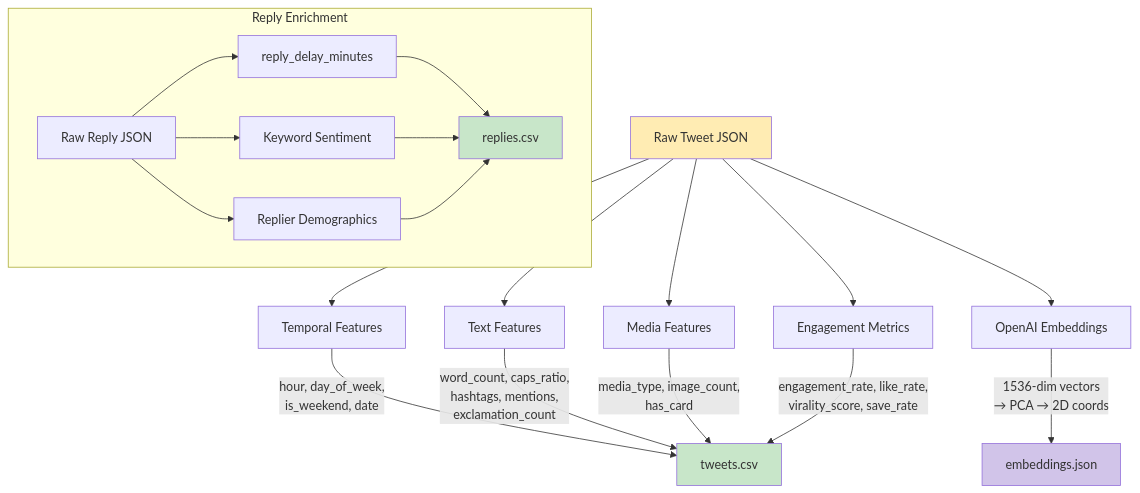
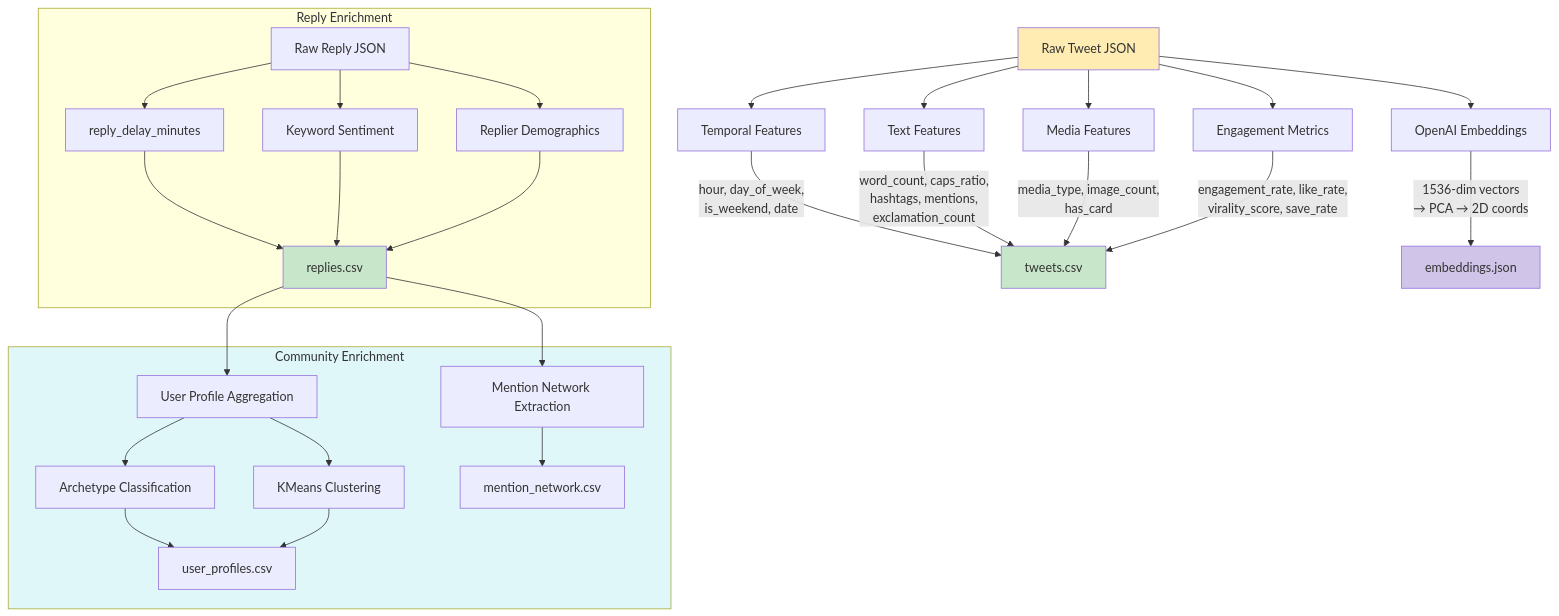
The second of 3 diagrams in README.md (ayrtondenner/trump-aoc-netnography), drawn with Mermaid before and after one commit. The commit also changed other lines of this file and 9 other files, not shown here.

First line of the commit message:
Add deep community analysis: network, archetypes, clusters, longitudinal behavior

````diff
--- a/README.md
+++ b/README.md
@@ -57,28 +70,40 @@
 ```mermaid
 flowchart TD
     RAW["Raw Tweet JSON"] --> T["Temporal Features"]
     RAW --> TX["Text Features"]
     RAW --> MD["Media Features"]
     RAW --> ENG["Engagement Metrics"]
     RAW --> EMB["OpenAI Embeddings"]
 
     T --> |"hour, day_of_week,\nis_weekend, date"| OUT["tweets.csv"]
     TX --> |"word_count, caps_ratio,\nhashtags, mentions,\nexclamation_count"| OUT
     MD --> |"media_type, image_count,\nhas_card"| OUT
     ENG --> |"engagement_rate, like_rate,\nvirality_score, save_rate"| OUT
     EMB --> |"1536-dim vectors\n→ PCA → 2D coords"| EMBOUT["embeddings.json"]
 
     subgraph Reply_Pipeline["Reply Enrichment"]
         REP["Raw Reply JSON"] --> RS["reply_delay_minutes"]
         REP --> SENT["Keyword Sentiment"]
         REP --> RDEM["Replier Demographics"]
         RS --> REPOUT["replies.csv"]
         SENT --> REPOUT
         RDEM --> REPOUT
     end
 
+    subgraph Community_Pipeline["Community Enrichment"]
+        REPOUT --> UP["User Profile Aggregation"]
+        REPOUT --> MN["Mention Network Extraction"]
+        UP --> ARCH["Archetype Classification"]
+        UP --> CLUST["KMeans Clustering"]
+        ARCH --> UPOUT["user_profiles.csv"]
+        CLUST --> UPOUT
+        MN --> MNOUT["mention_network.csv"]
+    end
+
+    style Community_Pipeline fill:#E0F7FA
+
     style RAW fill:#FFECB3
     style OUT fill:#C8E6C9
     style EMBOUT fill:#D1C4E9
     style REPOUT fill:#C8E6C9
 ```
````
